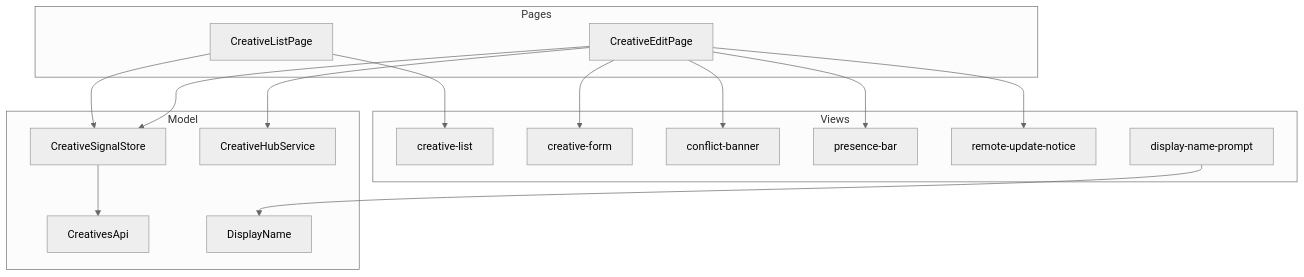
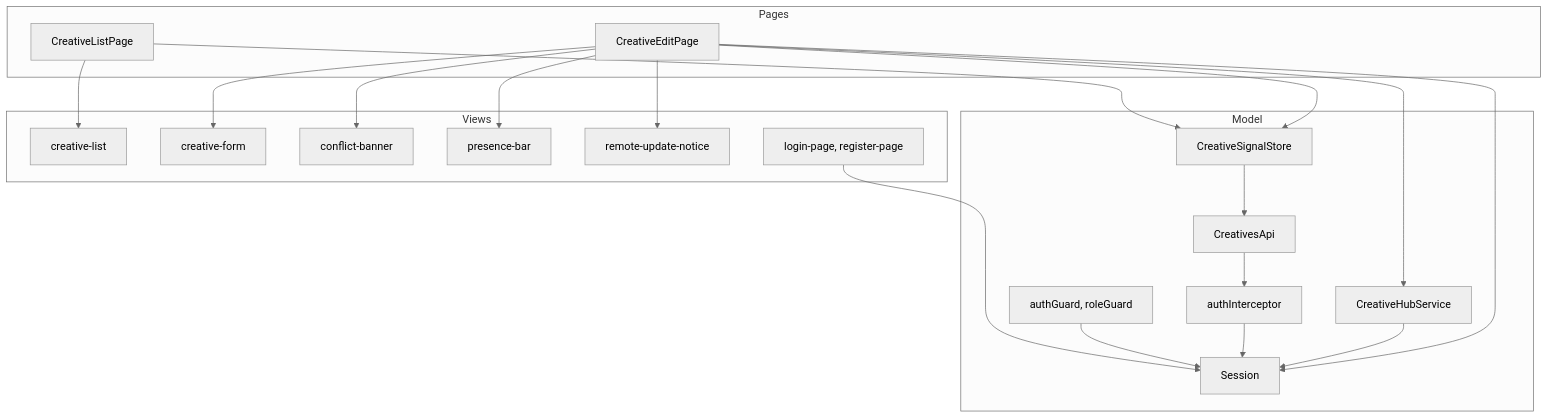
Before and after one commit to SDS37/CreativeCollab: the fourth of 4 diagrams in docs/architecture.md, drawn with Mermaid (neutral theme). The commit also changed other lines of this file and 1 other file, not shown here.

Commit message:
docs: describe the frontend session, interceptor and guards

````diff
--- a/docs/architecture.md
+++ b/docs/architecture.md
@@ -139,32 +140,39 @@
 ```mermaid
 flowchart TB
   subgraph view [Views]
     List["creative-list"]
     Form["creative-form"]
     Banner["conflict-banner"]
     Bar["presence-bar"]
     Notice["remote-update-notice"]
-    Prompt["display-name-prompt"]
+    Login["login-page, register-page"]
   end
   subgraph pages [Pages]
     ListPage["CreativeListPage"]
     EditPage["CreativeEditPage"]
   end
   subgraph model [Model]
     Store["CreativeSignalStore"]
     Http["CreativesApi"]
     HubSvc["CreativeHubService"]
-    Name["DisplayName"]
+    Session["Session"]
+    Interceptor["authInterceptor"]
+    Guards["authGuard, roleGuard"]
   end
 
   ListPage --> List
   ListPage --> Store
   EditPage --> Form
   EditPage --> Banner
   EditPage --> Bar
   EditPage --> Notice
   EditPage --> Store
   EditPage --> HubSvc
-  Prompt --> Name
+  Login --> Session
+  Guards --> Session
+  Interceptor --> Session
+  Http --> Interceptor
+  HubSvc --> Session
+  EditPage --> Session
   Store --> Http
 ```
````
